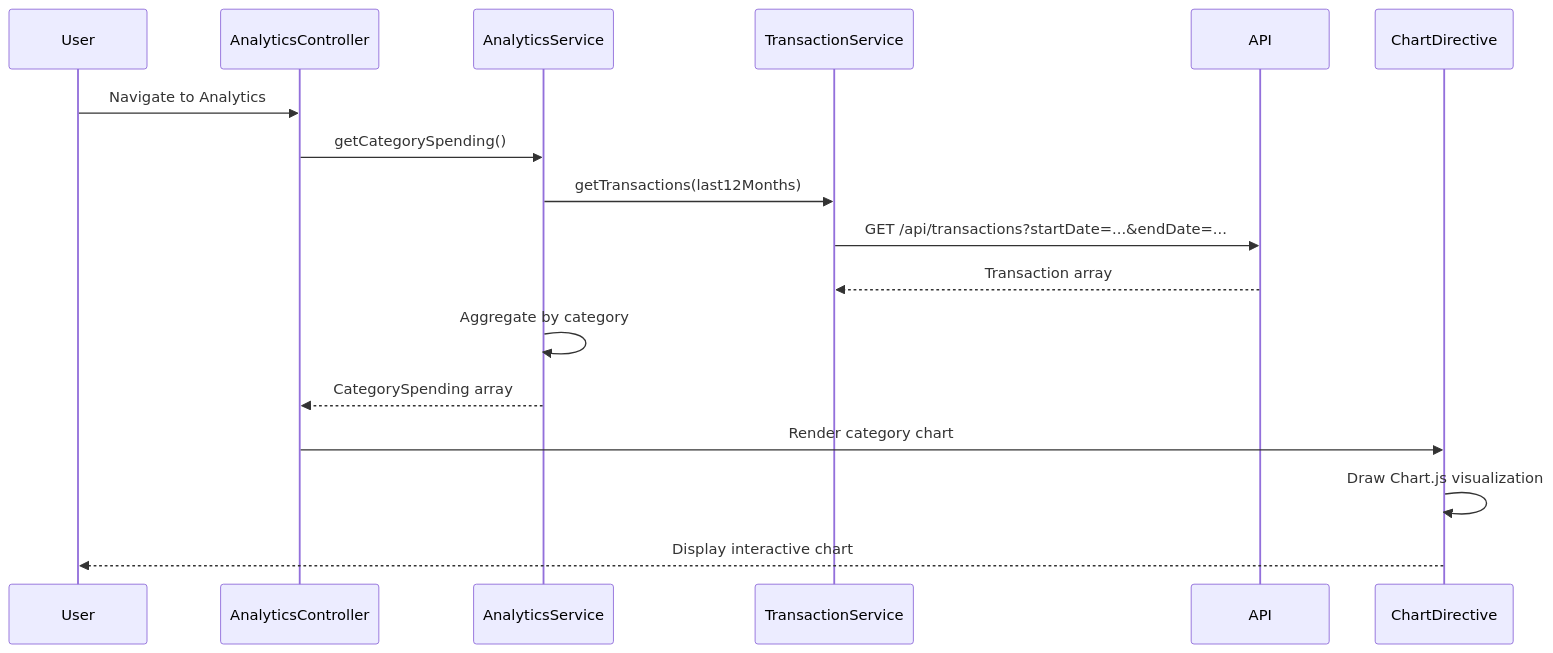
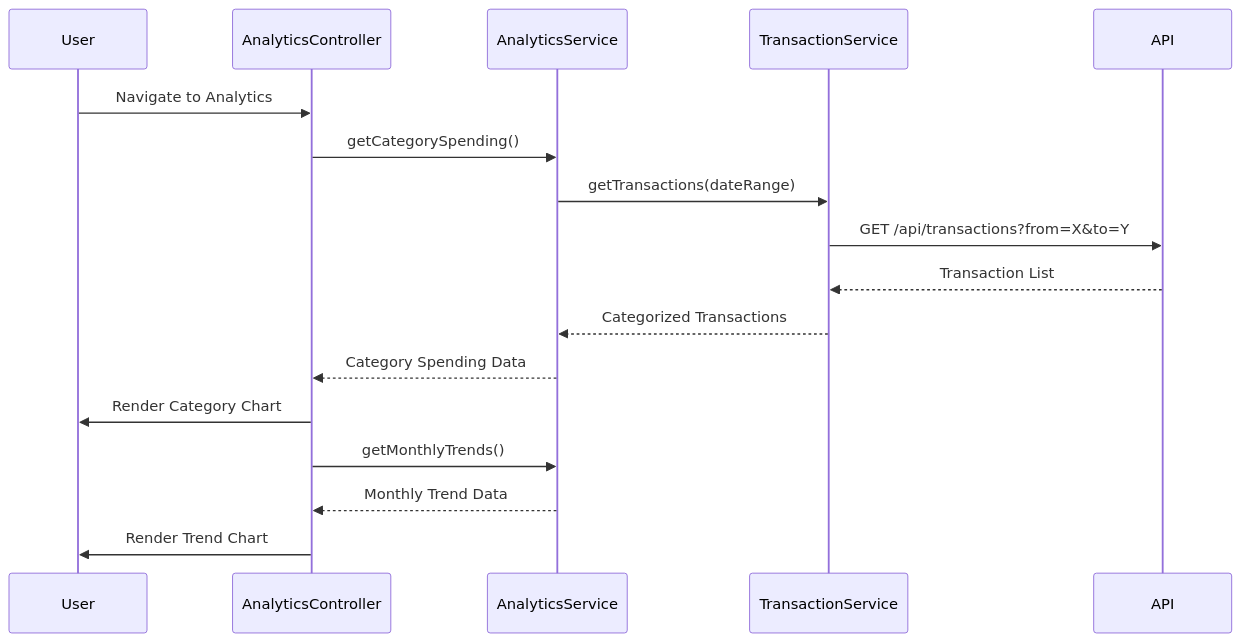
One commit to AAVA-Demo/APB_Demo changed the diagram in LLD/QE-7730_LLD.md. Above: the diagram before and after it, drawn with Mermaid. The commit also changed other lines of this file and 5 other files, not shown here.

````diff
--- a/LLD/QE-7730_LLD.md
+++ b/LLD/QE-7730_LLD.md
@@ -84,20 +94,20 @@
 ```mermaid
 sequenceDiagram
     participant User
     participant AnalyticsController
     participant AnalyticsService
     participant TransactionService
     participant API
-    participant ChartDirective
 
     User->>AnalyticsController: Navigate to Analytics
     AnalyticsController->>AnalyticsService: getCategorySpending()
-    AnalyticsService->>TransactionService: getTransactions(last12Months)
-    TransactionService->>API: GET /api/transactions?startDate=...&endDate=...
-    API-->>TransactionService: Transaction array
-    AnalyticsService->>AnalyticsService: Aggregate by category
-    AnalyticsService-->>AnalyticsController: CategorySpending array
-    AnalyticsController->>ChartDirective: Render category chart
-    ChartDirective->>ChartDirective: Draw Chart.js visualization
-    ChartDirective-->>User: Display interactive chart
+    AnalyticsService->>TransactionService: getTransactions(dateRange)
+    TransactionService->>API: GET /api/transactions?from=X&to=Y
+    API-->>TransactionService: Transaction List
+    TransactionService-->>AnalyticsService: Categorized Transactions
+    AnalyticsService-->>AnalyticsController: Category Spending Data
+    AnalyticsController->>User: Render Category Chart
+    AnalyticsController->>AnalyticsService: getMonthlyTrends()
+    AnalyticsService-->>AnalyticsController: Monthly Trend Data
+    AnalyticsController->>User: Render Trend Chart
 ```
````
